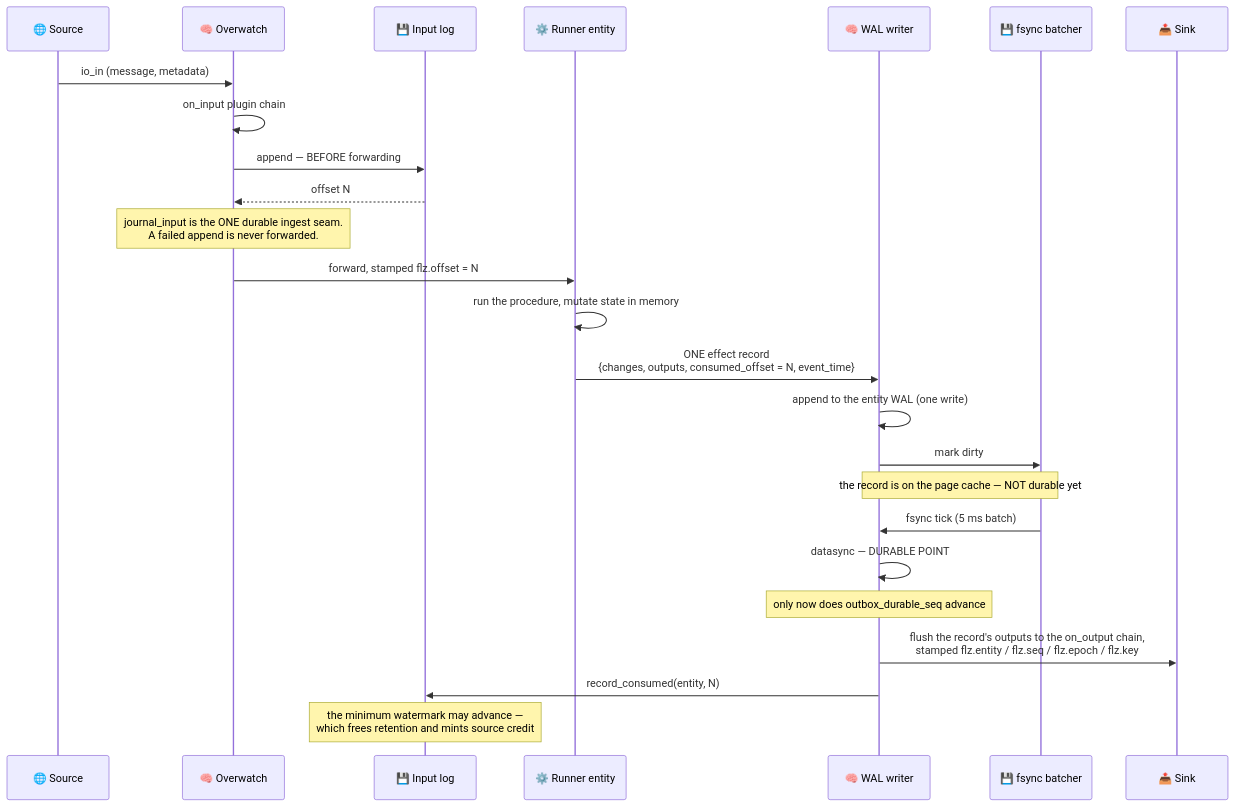
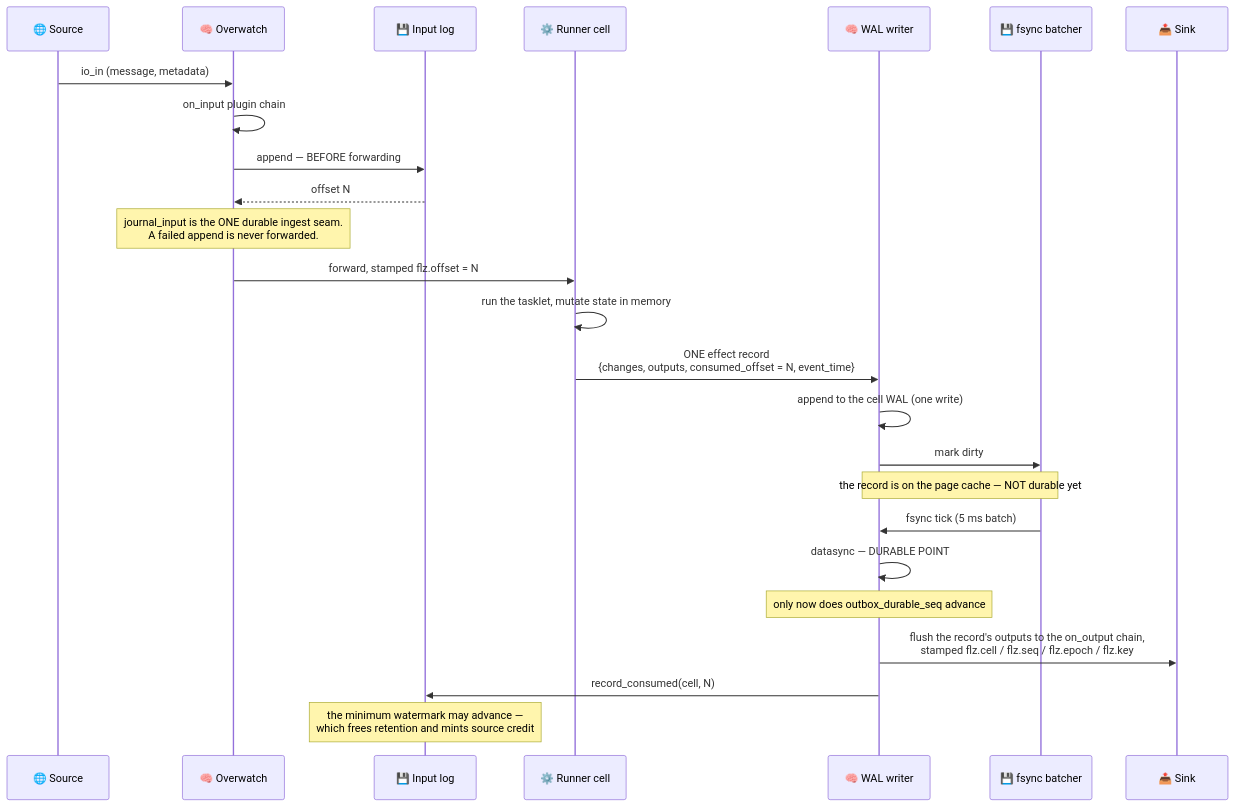
Before and after one commit to Flezha/flezha: the first of 17 diagrams in docs/architecture/kernel.md, drawn with Mermaid. The commit also changed other lines of this file and 604 other files, not shown here.

First line of the commit message:
Rename Procedure to Tasklet and Entity to Cell

````diff
--- a/docs/architecture/kernel.md
+++ b/docs/architecture/kernel.md
@@ -30,31 +30,31 @@
 ```mermaid
 sequenceDiagram
     participant SRC as 🌐 Source
     participant OW as 🧠 Overwatch
     participant IL as 💾 Input log
-    participant EX as ⚙️ Runner entity
+    participant EX as ⚙️ Runner cell
     participant WW as 🧠 WAL writer
     participant FB as 💾 fsync batcher
     participant SINK as 📤 Sink
 
     SRC->>OW: io_in (message, metadata)
     OW->>OW: on_input plugin chain
     OW->>IL: append — BEFORE forwarding
     IL-->>OW: offset N
     Note over OW: journal_input is the ONE durable ingest seam.<br/>A failed append is never forwarded.
     OW->>EX: forward, stamped flz.offset = N
 
-    EX->>EX: run the procedure, mutate state in memory
+    EX->>EX: run the tasklet, mutate state in memory
     EX->>WW: ONE effect record<br/>{changes, outputs, consumed_offset = N, event_time}
-    WW->>WW: append to the entity WAL (one write)
+    WW->>WW: append to the cell WAL (one write)
     WW->>FB: mark dirty
     Note over WW,FB: the record is on the page cache — NOT durable yet
 
     FB->>WW: fsync tick (5 ms batch)
     WW->>WW: datasync — DURABLE POINT
     Note over WW: only now does outbox_durable_seq advance
 
-    WW->>SINK: flush the record's outputs to the on_output chain,<br/>stamped flz.entity / flz.seq / flz.epoch / flz.key
-    WW->>IL: record_consumed(entity, N)
+    WW->>SINK: flush the record's outputs to the on_output chain,<br/>stamped flz.cell / flz.seq / flz.epoch / flz.key
+    WW->>IL: record_consumed(cell, N)
     Note over IL: the minimum watermark may advance —<br/>which frees retention and mints source credit
 ```
````
